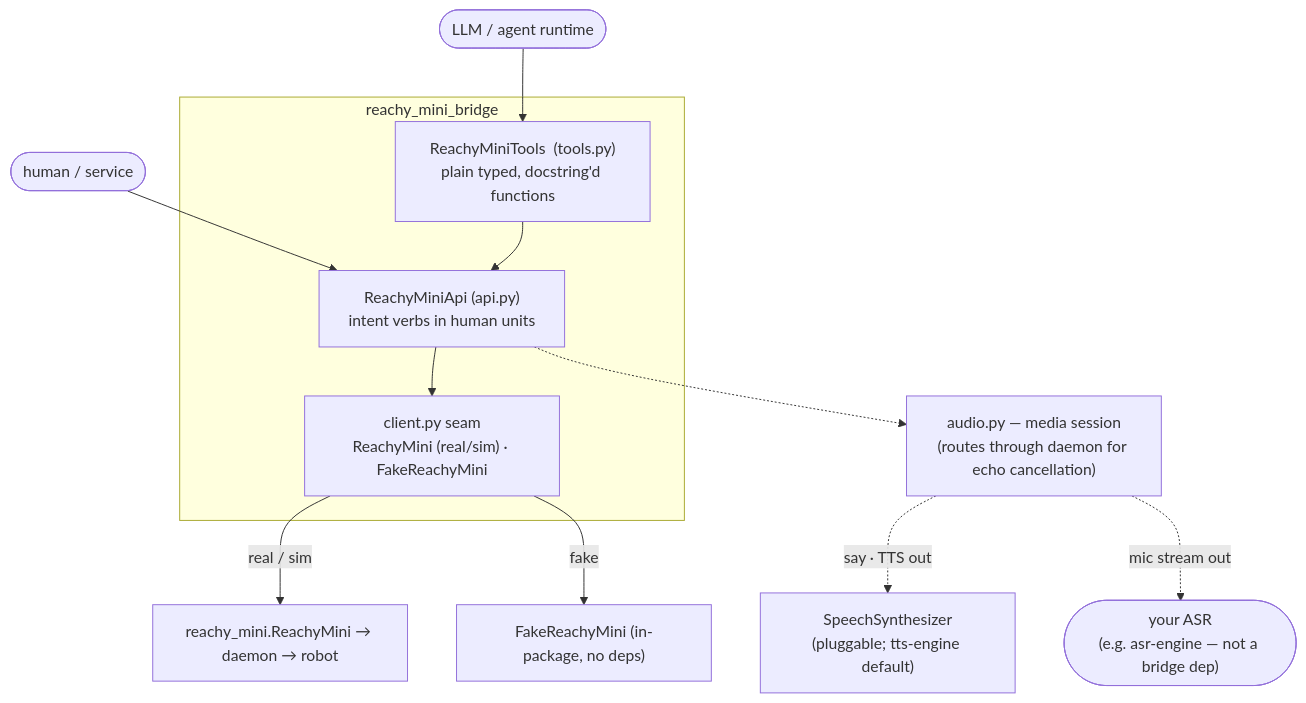
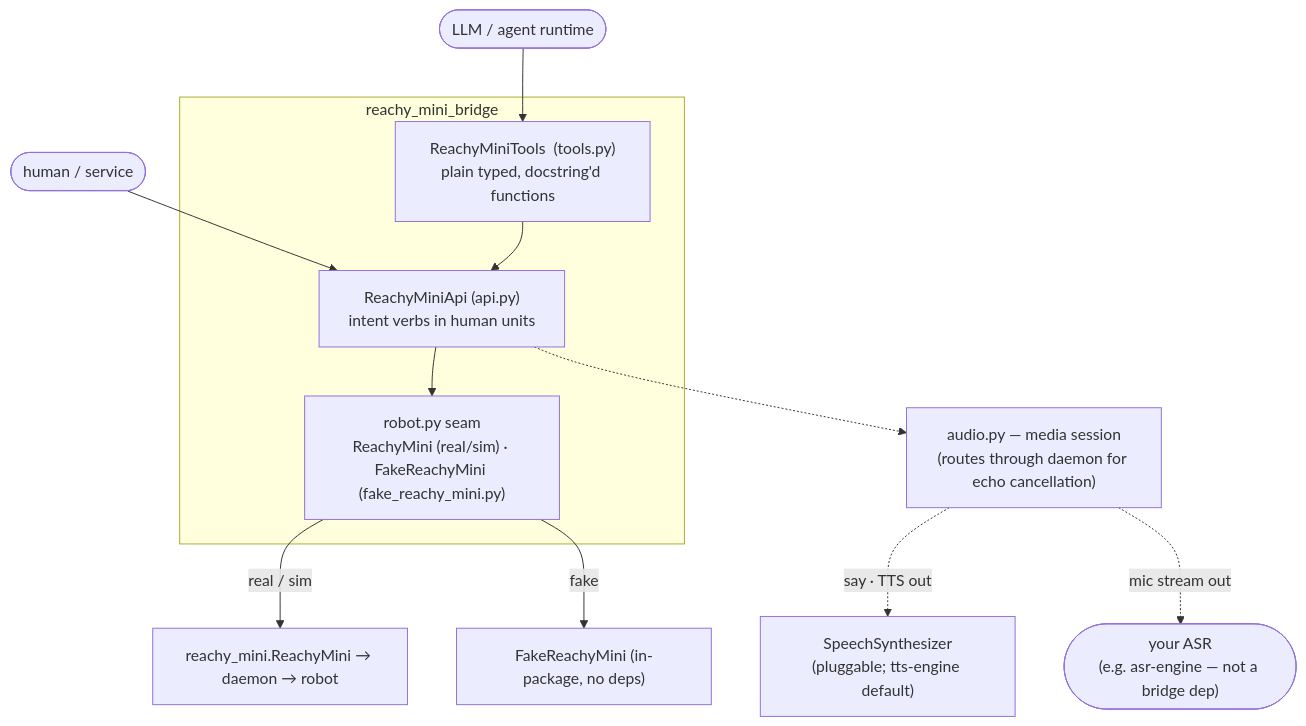
One commit to funwithagents/reachy-mini-bridge changed the diagram in specs/_overview.md. Above: the diagram before and after it, drawn with Mermaid. The commit also changed other lines of this file and 23 other files, not shown here.

First line of the commit message:
Rename the connection seam: RobotClient→AnyReachyMini, client→robot, split out the fake

````diff
--- a/specs/_overview.md
+++ b/specs/_overview.md
@@ -13,16 +13,16 @@
 ```mermaid
 flowchart TD
     agent([LLM / agent runtime]) --> tools
     caller([human / service]) --> api
     subgraph bridge["reachy_mini_bridge"]
         tools["ReachyMiniTools  (tools.py)<br/>plain typed, docstring'd functions"]
         api["ReachyMiniApi  (api.py)<br/>intent verbs in human units"]
-        client["client.py seam<br/>ReachyMini (real/sim) · FakeReachyMini"]
+        client["robot.py seam<br/>ReachyMini (real/sim) · FakeReachyMini (fake_reachy_mini.py)"]
         tools --> api --> client
     end
     client -->|real / sim| upstream["reachy_mini.ReachyMini → daemon → robot"]
     client -->|fake| fake["FakeReachyMini (in-package, no deps)"]
     api -.-> audio["audio.py — media session<br/>(routes through daemon for echo cancellation)"]
     audio -.->|say · TTS out| synth["SpeechSynthesizer<br/>(pluggable; tts-engine default)"]
     audio -.->|mic stream out| yourasr(["your ASR<br/>(e.g. asr-engine — not a bridge dep)"])
 ```
````
